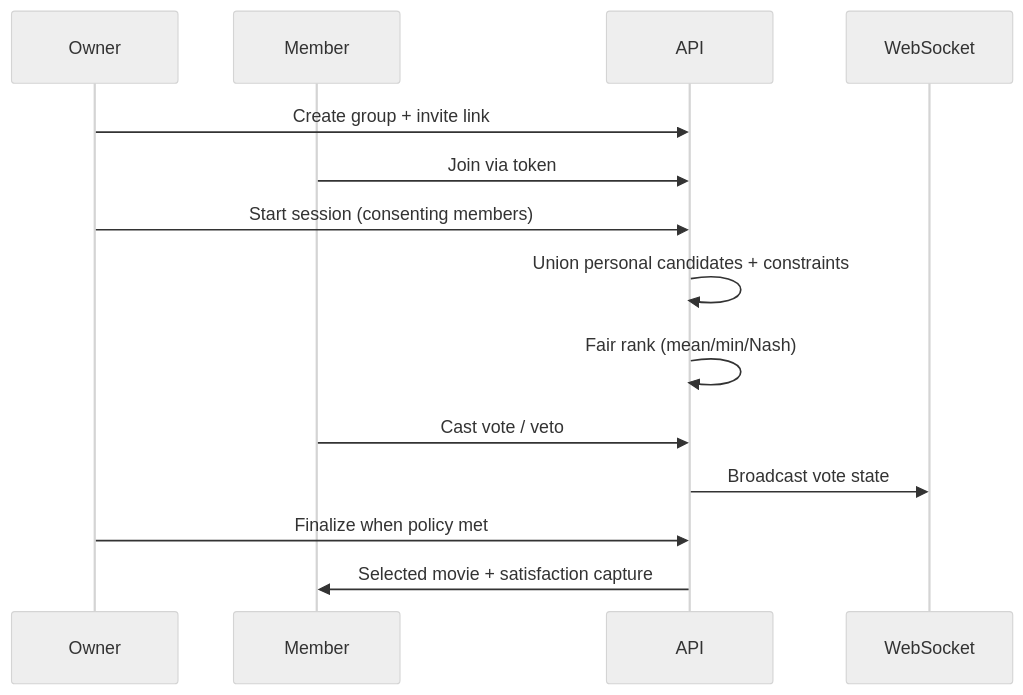
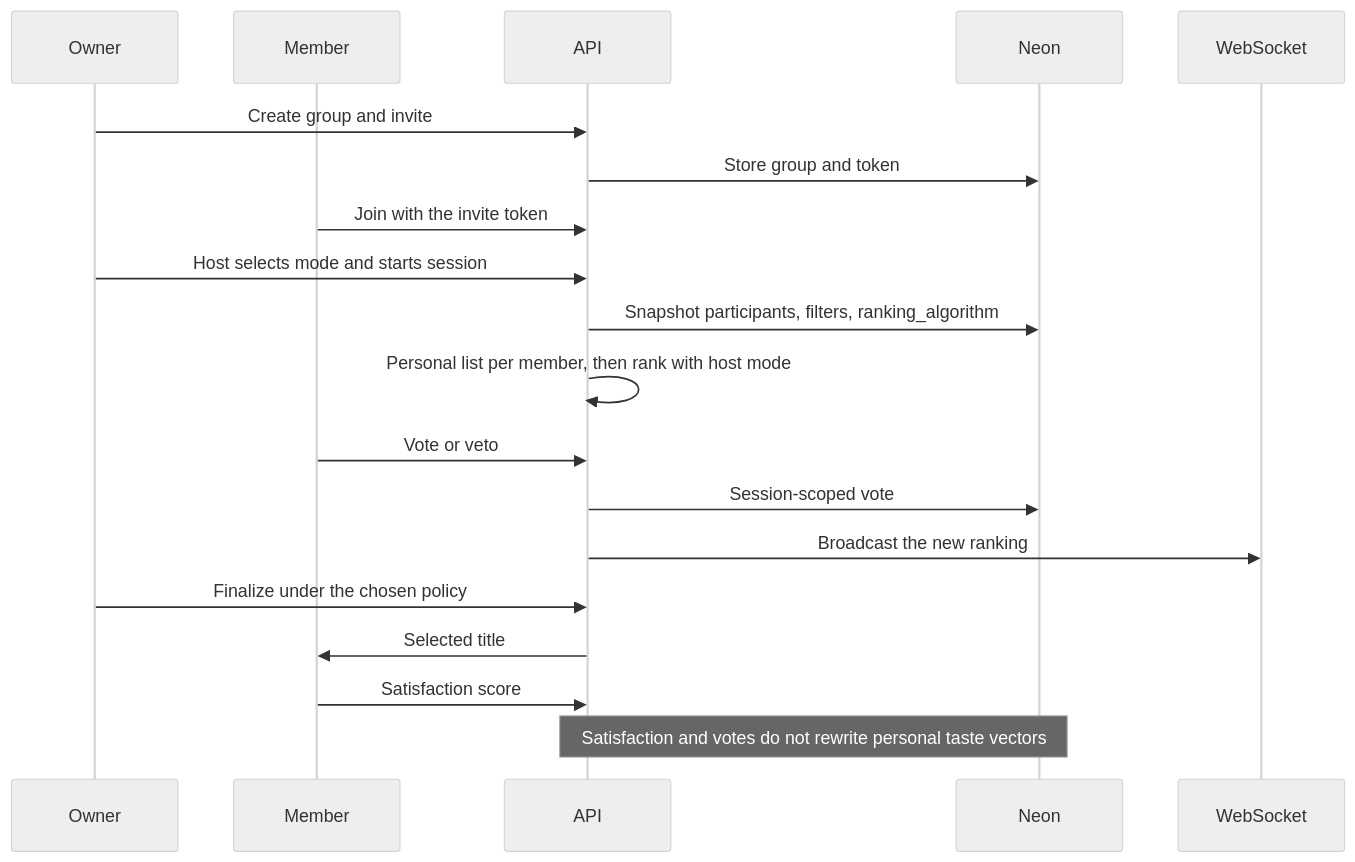
The fifth of 8 diagrams in README.md (Geethika2506/AI-movie-recommenation-system), drawn with Mermaid (neutral theme) before and after one commit. The commit also changed other lines of this file and 11 other files, not shown here.

First line of the commit message:
feat: let room hosts pick group recommendation mode

````diff
--- a/README.md
+++ b/README.md
@@ -192,16 +472,21 @@
 ```mermaid
 sequenceDiagram
   participant Owner
   participant Member
   participant API
+  participant DB as Neon
   participant WS as WebSocket
-  Owner->>API: Create group + invite link
-  Member->>API: Join via token
-  Owner->>API: Start session (consenting members)
-  API->>API: Union personal candidates + constraints
-  API->>API: Fair rank (mean/min/Nash)
-  Member->>API: Cast vote / veto
-  API->>WS: Broadcast vote state
-  Owner->>API: Finalize when policy met
-  API->>Member: Selected movie + satisfaction capture
+  Owner->>API: Create group and invite
+  API->>DB: Store group and token
+  Member->>API: Join with the invite token
+  Owner->>API: Host selects mode and starts session
+  API->>DB: Snapshot participants, filters, ranking_algorithm
+  API->>API: Personal list per member, then rank with host mode
+  Member->>API: Vote or veto
+  API->>DB: Session-scoped vote
+  API->>WS: Broadcast the new ranking
+  Owner->>API: Finalize under the chosen policy
+  API->>Member: Selected title
+  Member->>API: Satisfaction score
+  Note over API,DB: Satisfaction and votes do not rewrite personal taste vectors
 ```
````
